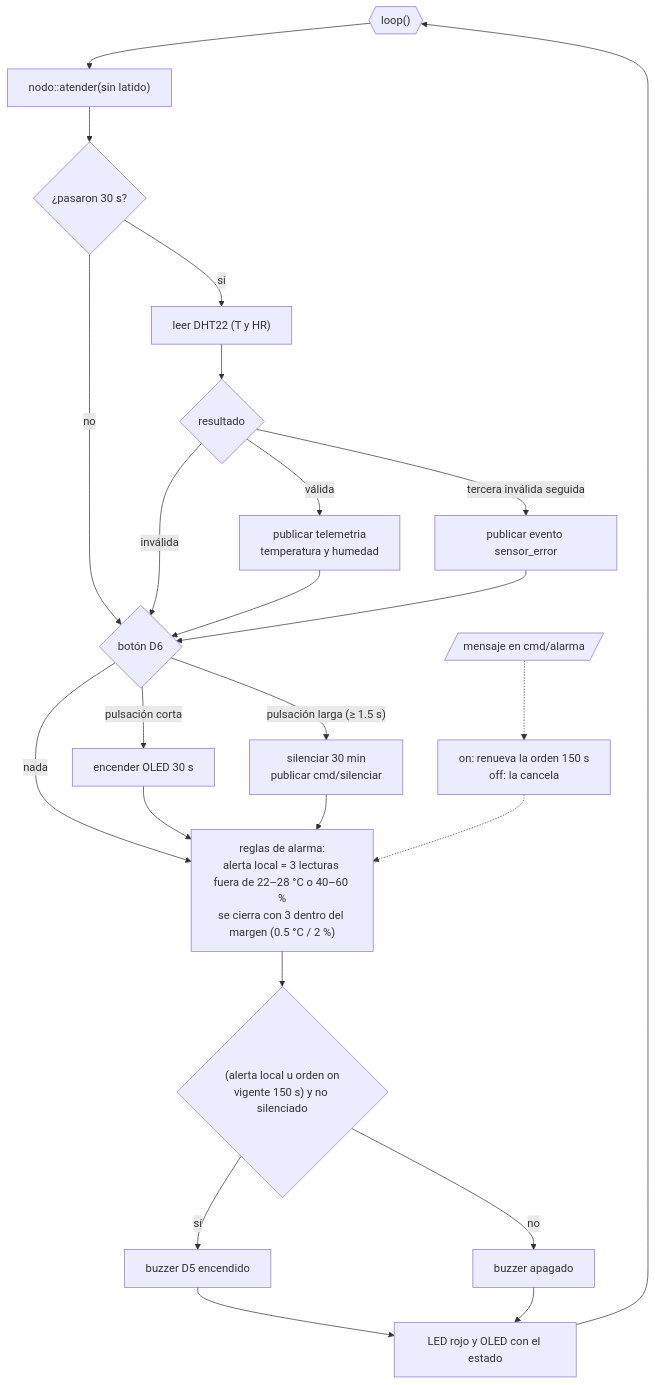
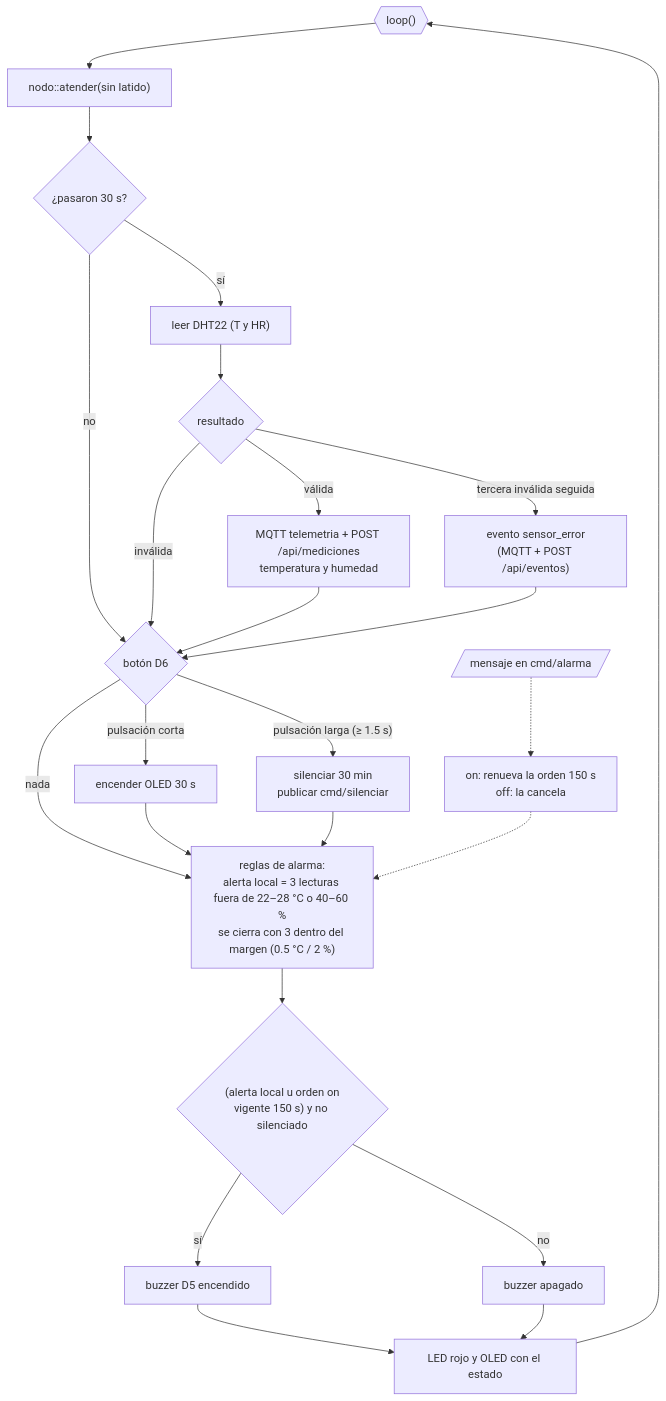
Before and after one commit to cyuxSz/Argos-equipo: the second of 3 diagrams in diagramas/firmware_flujo.md, drawn with Mermaid. The commit also changed other lines of this file and 14 other files, not shown here.

First line of the commit message:
Diagramas vigentes y calendario desde el 10 de noviembre

````diff
--- a/diagramas/firmware_flujo.md
+++ b/diagramas/firmware_flujo.md
@@ -34,26 +36,26 @@
 ```mermaid
 flowchart TD
   L{{"loop()"}} --> AT["nodo::atender(sin latido)"]
   AT --> T{"¿pasaron 30 s?"}
   T -- no --> BOT
   T -- sí --> LEE["leer DHT22 (T y HR)"]
   LEE --> V{"resultado"}
-  V -- válida --> PUB["publicar telemetria<br/>temperatura y humedad"]
-  V -- tercera inválida seguida --> ERR["publicar evento sensor_error"]
+  V -- válida --> PUB["MQTT telemetria + POST /api/mediciones<br/>temperatura y humedad"]
+  V -- tercera inválida seguida --> ERR["evento sensor_error<br/>(MQTT + POST /api/eventos)"]
   V -- inválida --> BOT
   PUB --> BOT
   ERR --> BOT
   BOT{"botón D6"} -- "pulsación corta" --> OL["encender OLED 30 s"]
   BOT -- "pulsación larga (≥ 1.5 s)" --> SIL["silenciar 30 min<br/>publicar cmd/silenciar"]
   BOT -- nada --> REG
   OL --> REG
   SIL --> REG
   REG["reglas de alarma:<br/>alerta local = 3 lecturas fuera de 22–28 °C o 40–60 %<br/>se cierra con 3 dentro del margen (0.5 °C / 2 %)"] --> BZ{"(alerta local u orden on<br/>vigente 150 s) y no silenciado"}
   BZ -- sí --> ON["buzzer D5 encendido"]
   BZ -- no --> OFF["buzzer apagado"]
   ON --> PIN["LED rojo y OLED con el estado"]
   OFF --> PIN
   PIN --> L
   MQ[/"mensaje en cmd/alarma"/] -.-> ORD["on: renueva la orden 150 s<br/>off: la cancela"]
   ORD -.-> REG
 ```
````
